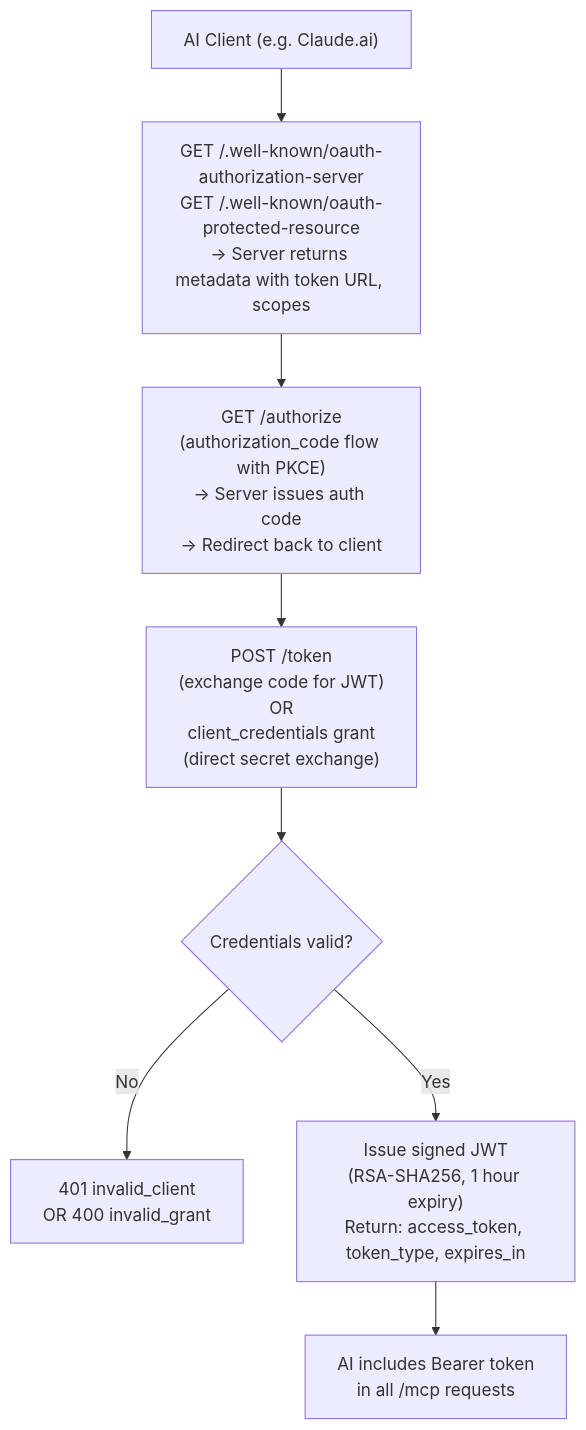
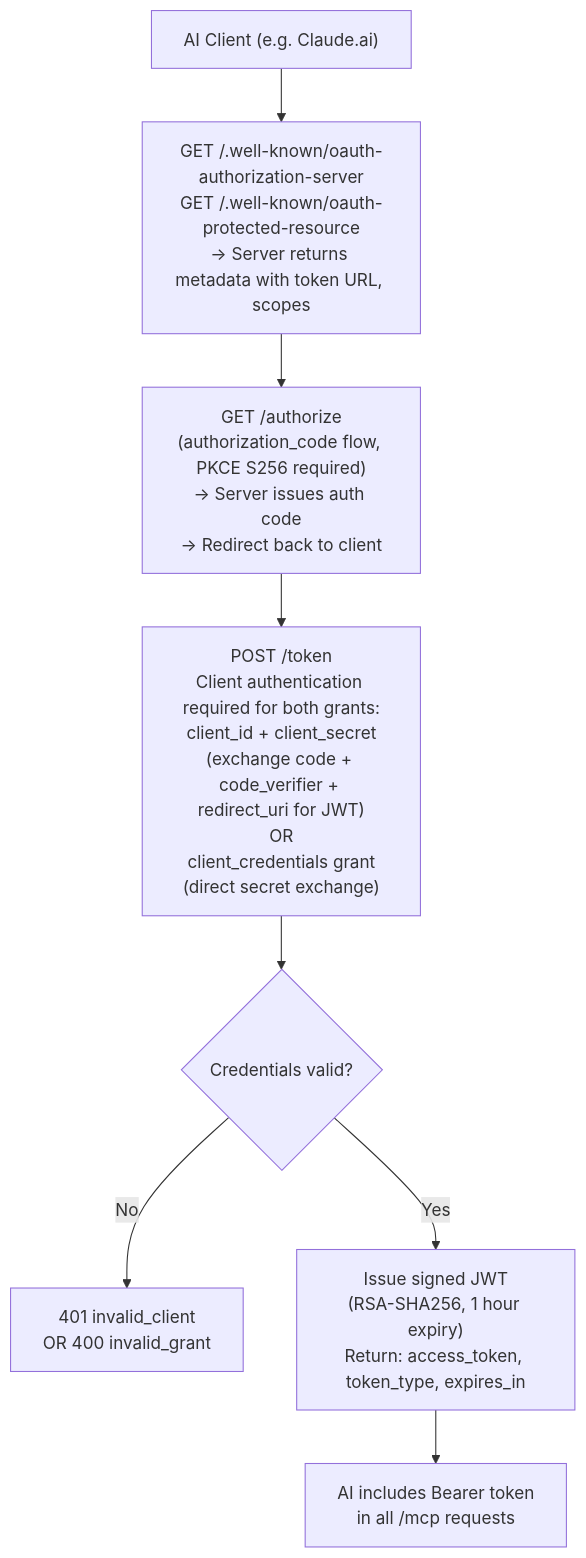
Before and after one commit to arpanvgm/ai-bridge: the second of 4 diagrams in workflows/MCP.md, drawn with Mermaid. The commit also changed other lines of this file and 14 other files, not shown here.

```diff
--- a/workflows/MCP.md
+++ b/workflows/MCP.md
@@ -45,11 +52,11 @@
 ~~~mermaid
 flowchart TD
     Client["AI Client (e.g. Claude.ai)"]
     Client --> Discover["GET /.well-known/oauth-authorization-server\nGET /.well-known/oauth-protected-resource\n→ Server returns metadata with token URL, scopes"]
-    Discover --> Authorize["GET /authorize\n(authorization_code flow with PKCE)\n→ Server issues auth code\n→ Redirect back to client"]
-    Authorize --> Token["POST /token\n(exchange code for JWT)\nOR\nclient_credentials grant\n(direct secret exchange)"]
+    Discover --> Authorize["GET /authorize\n(authorization_code flow, PKCE S256 required)\n→ Server issues auth code\n→ Redirect back to client"]
+    Authorize --> Token["POST /token\nClient authentication required for both grants:\nclient_id + client_secret\n(exchange code + code_verifier + redirect_uri for JWT)\nOR\nclient_credentials grant\n(direct secret exchange)"]
     Token --> Verify{"Credentials valid?"}
     Verify -- "No" --> Reject["401 invalid_client\nOR 400 invalid_grant"]
     Verify -- "Yes" --> JWT["Issue signed JWT\n(RSA-SHA256, 1 hour expiry)\nReturn: access_token, token_type, expires_in"]
     JWT --> UseMCP["AI includes Bearer token\nin all /mcp requests"]
 ~~~
```
